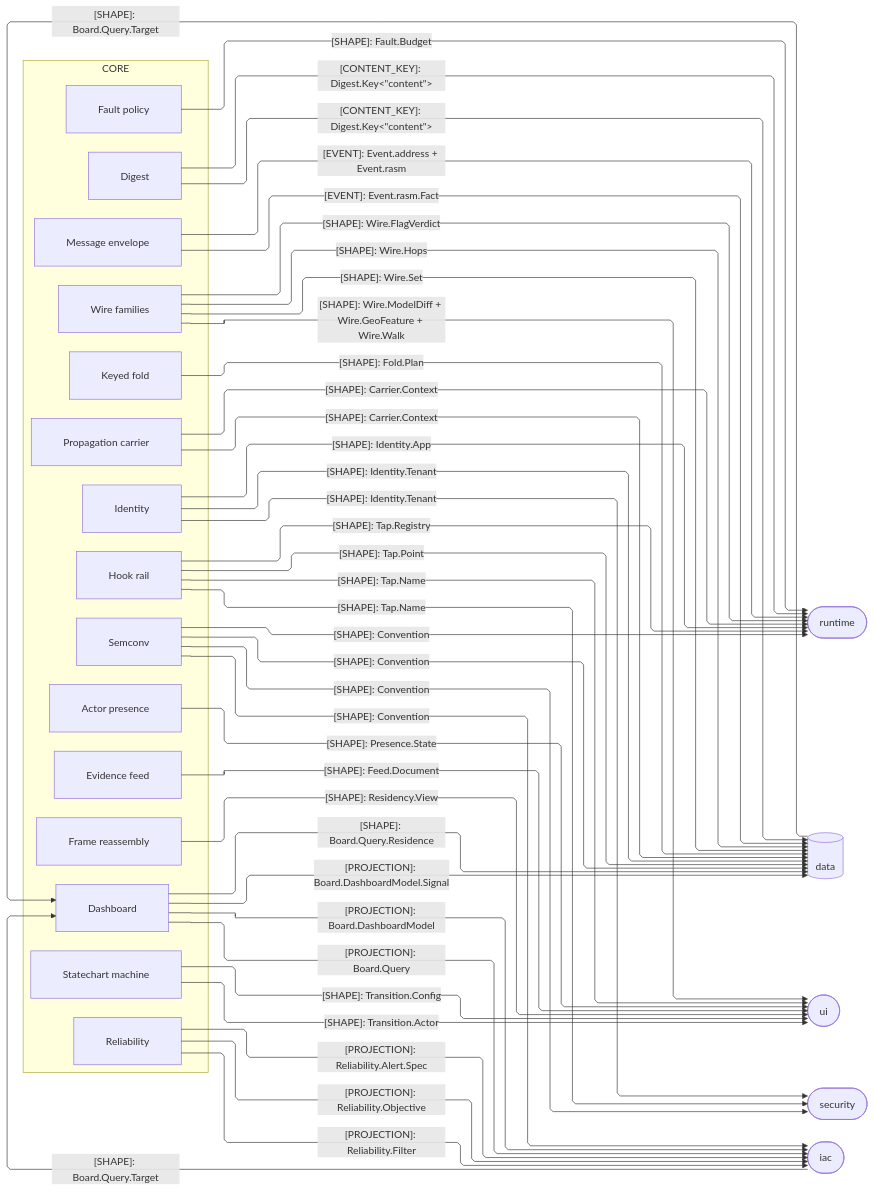
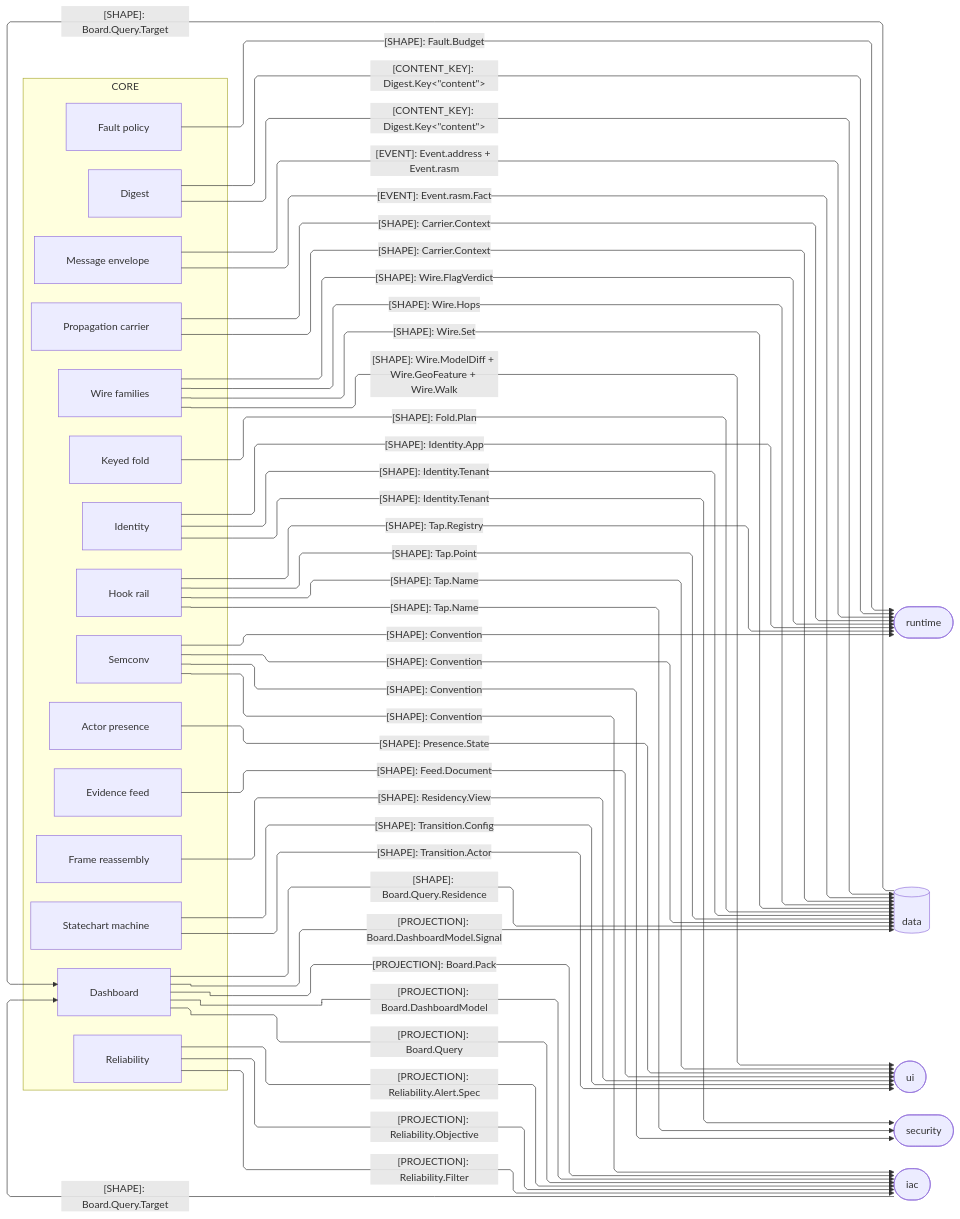
One commit to bsamiee/Rasm changed the third of 4 diagrams in libs/typescript/core/ARCHITECTURE.md. Above: the diagram before and after it, drawn with Mermaid. The commit also changed other lines of this file and 167 other files, not shown here.

````diff
--- a/libs/typescript/core/ARCHITECTURE.md
+++ b/libs/typescript/core/ARCHITECTURE.md
@@ -170,71 +171,72 @@
 ```mermaid
 ---
 config:
   layout: elk
   flowchart:
     curve: linear
     padding: 25
 ---
 flowchart LR
     accTitle: Core TypeScript sibling seam registry
     accDescr: Which core-owned shapes each sibling folder consumes, and which query targets the olap and operate owners hand back to Board.
     subgraph core[CORE]
         Digest[Digest]
         Wire[Wire families]
         Frame[Frame reassembly]
         Fold[Keyed fold]
         Feed[Evidence feed]
         Identity[Identity]
         Fault[Fault policy]
         Convention[Semconv]
         Reliability[Reliability]
         Board[Dashboard]
         Tap[Hook rail]
         Carrier[Propagation carrier]
         Event[Message envelope]
         Transition[Statechart machine]
         Presence[Actor presence]
     end
     Runtime([runtime])
     Data[(data)]
     Ui([ui])
     Security([security])
     Iac([iac])
     Digest e1@-->|"[CONTENT_KEY]: Digest.Key&lt;&quot;content&quot;&gt;"| Data
     Digest e2@-->|"[CONTENT_KEY]: Digest.Key&lt;&quot;content&quot;&gt;"| Runtime
     Wire e3@-->|"[SHAPE]: Wire.FlagVerdict"| Runtime
     Wire e4@-->|"[SHAPE]: Wire.ModelDiff + Wire.GeoFeature + Wire.Walk"| Ui
     Wire e5@-->|"[SHAPE]: Wire.Hops"| Data
     Wire e6@-->|"[SHAPE]: Wire.Set"| Data
     Fold e7@-->|"[SHAPE]: Fold.Plan"| Data
     Feed e8@-->|"[SHAPE]: Feed.Document"| Ui
     Identity e9@-->|"[SHAPE]: Identity.Tenant"| Security
     Identity e10@-->|"[SHAPE]: Identity.Tenant"| Data
     Identity e11@-->|"[SHAPE]: Identity.App"| Runtime
     Fault e12@-->|"[SHAPE]: Fault.Budget"| Runtime
     Convention e13@-->|"[SHAPE]: Convention"| Runtime
     Convention e14@-->|"[SHAPE]: Convention"| Data
     Convention e15@-->|"[SHAPE]: Convention"| Security
     Convention e16@-->|"[SHAPE]: Convention"| Iac
     Board e17@-->|"[PROJECTION]: Board.DashboardModel"| Iac
     Board e18@-->|"[PROJECTION]: Board.Query"| Iac
     Board e19@-->|"[SHAPE]: Board.Query.Residence"| Data
     Board e20@-->|"[PROJECTION]: Board.DashboardModel.Signal"| Data
     Reliability e21@-->|"[PROJECTION]: Reliability.Alert.Spec"| Iac
     Reliability e22@-->|"[PROJECTION]: Reliability.Objective"| Iac
     Reliability e23@-->|"[PROJECTION]: Reliability.Filter"| Iac
     Frame e24@-->|"[SHAPE]: Residency.View"| Ui
     Tap e25@-->|"[SHAPE]: Tap.Registry"| Runtime
     Tap e26@-->|"[SHAPE]: Tap.Point"| Data
     Tap e27@-->|"[SHAPE]: Tap.Name"| Ui
     Tap e28@-->|"[SHAPE]: Tap.Name"| Security
     Carrier e29@-->|"[SHAPE]: Carrier.Context"| Runtime
     Carrier e30@-->|"[SHAPE]: Carrier.Context"| Data
     Event e31@-->|"[EVENT]: Event.rasm.Fact"| Data
     Event e32@-->|"[EVENT]: Event.address + Event.rasm"| Runtime
     Transition e33@-->|"[SHAPE]: Transition.Config"| Ui
     Transition e34@-->|"[SHAPE]: Transition.Actor"| Ui
     Presence e35@-->|"[SHAPE]: Presence.State"| Ui
     Data e36@-->|"[SHAPE]: Board.Query.Target"| Board
     Iac e37@-->|"[SHAPE]: Board.Query.Target"| Board
+    Board e38@-->|"[PROJECTION]: Board.Pack"| Iac
 ```
````
